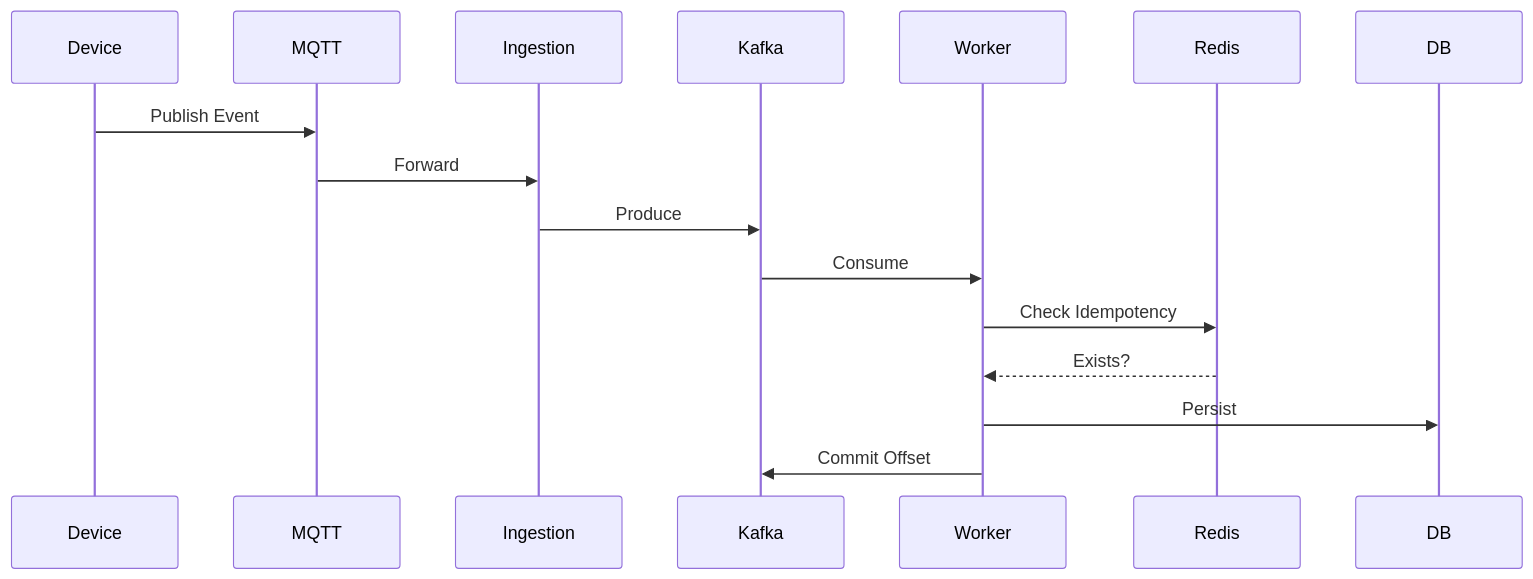
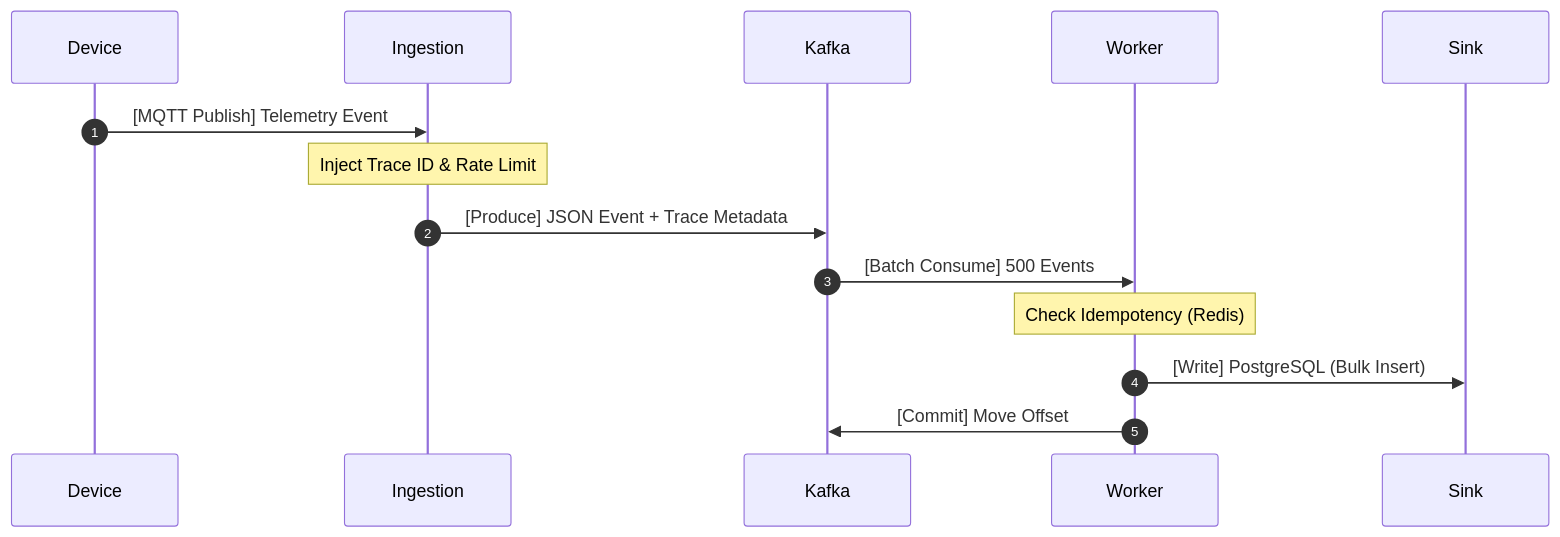
Before and after one commit to umeshror/iotflow-distributed-system: the second of 2 diagrams in README.md, drawn with Mermaid. The commit also changed other lines of this file and 7 other files, not shown here.

````diff
--- a/README.md
+++ b/README.md
@@ -128,19 +77,17 @@
-```mermaid id="w0tyco"
+```mermaid
 sequenceDiagram
+    autonumber
     participant Device
-    participant MQTT
     participant Ingestion
     participant Kafka
     participant Worker
-    participant Redis
-    participant DB
-
-    Device->>MQTT: Publish Event
-    MQTT->>Ingestion: Forward
-    Ingestion->>Kafka: Produce
-    Kafka->>Worker: Consume
-    Worker->>Redis: Check Idempotency
-    Redis-->>Worker: Exists?
-    Worker->>DB: Persist
-    Worker->>Kafka: Commit Offset
+    participant Sink
+    
+    Device->>Ingestion: [MQTT Publish] Telemetry Event
+    Note over Ingestion: Inject Trace ID & Rate Limit
+    Ingestion->>Kafka: [Produce] JSON Event + Trace Metadata
+    Kafka->>Worker: [Batch Consume] 500 Events
+    Note over Worker: Check Idempotency (Redis)
+    Worker->>Sink: [Write] PostgreSQL (Bulk Insert)
+    Worker->>Kafka: [Commit] Move Offset
 ```
````
